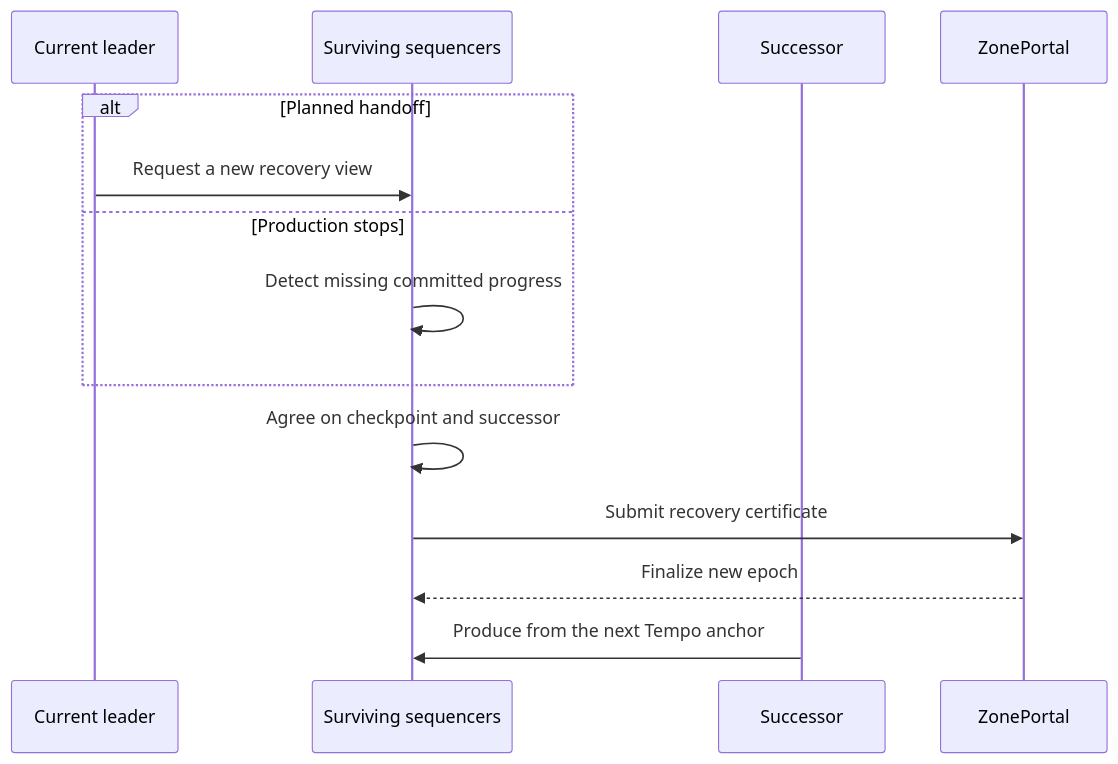
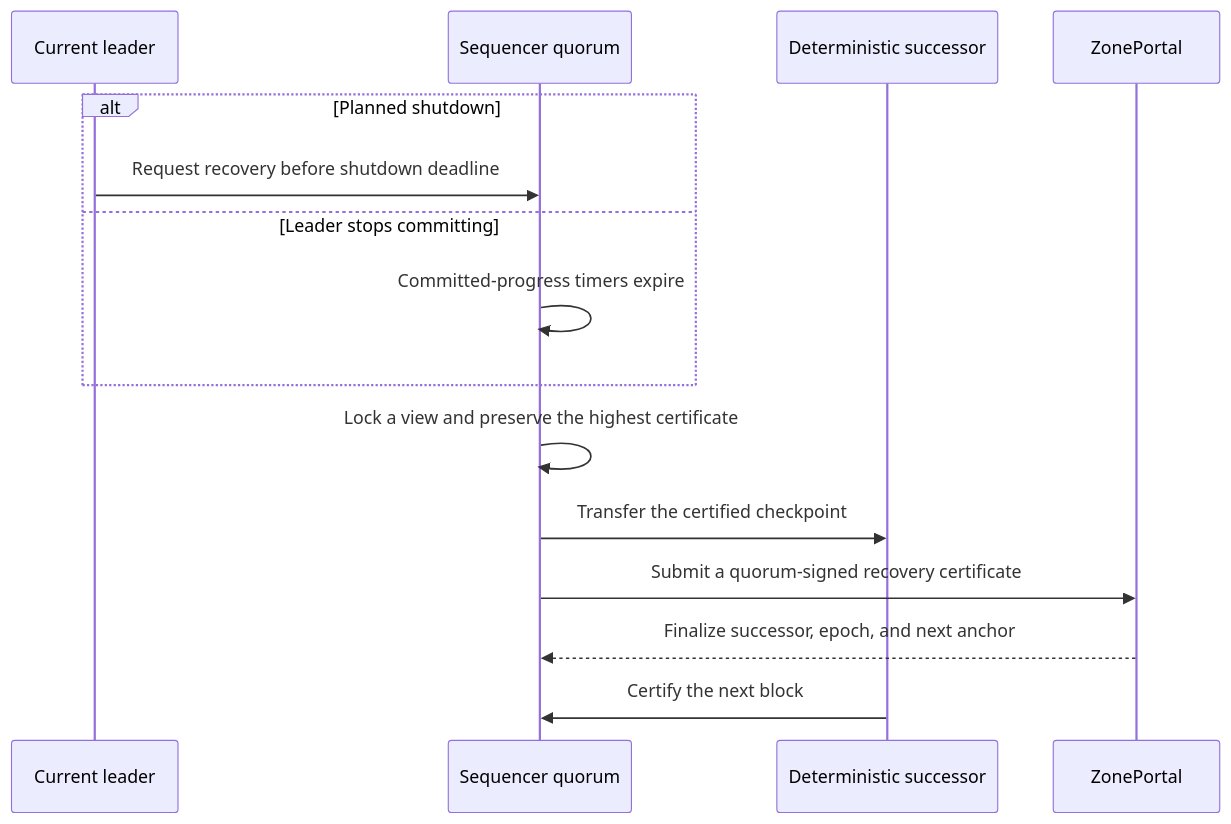
One commit to tempoxyz/zones changed the first of 4 diagrams in spt_automated_failover.md. Above: the diagram before and after it, drawn with Mermaid. The commit also changed other lines of this file, not shown here.

Commit message:
docs: strengthen automated sequencer failover plan

````diff
--- a/spt_automated_failover.md
+++ b/spt_automated_failover.md
@@ -3,16 +3,17 @@
 ```mermaid
 sequenceDiagram
     participant A as Current leader
-    participant Q as Surviving sequencers
-    participant B as Successor
+    participant Q as Sequencer quorum
+    participant B as Deterministic successor
     participant P as ZonePortal
-    alt Planned handoff
-        A->>Q: Request a new recovery view
-    else Production stops
-        Q->>Q: Detect missing committed progress
+    alt Planned shutdown
+        A->>Q: Request recovery before shutdown deadline
+    else Leader stops committing
+        Q->>Q: Committed-progress timers expire
     end
-    Q->>Q: Agree on checkpoint and successor
-    Q->>P: Submit recovery certificate
-    P-->>Q: Finalize new epoch
-    B->>Q: Produce from the next Tempo anchor
+    Q->>Q: Lock a view and preserve the highest certificate
+    Q->>B: Transfer the certified checkpoint
+    Q->>P: Submit a quorum-signed recovery certificate
+    P-->>Q: Finalize successor, epoch, and next anchor
+    B->>Q: Certify the next block
 ```
````
